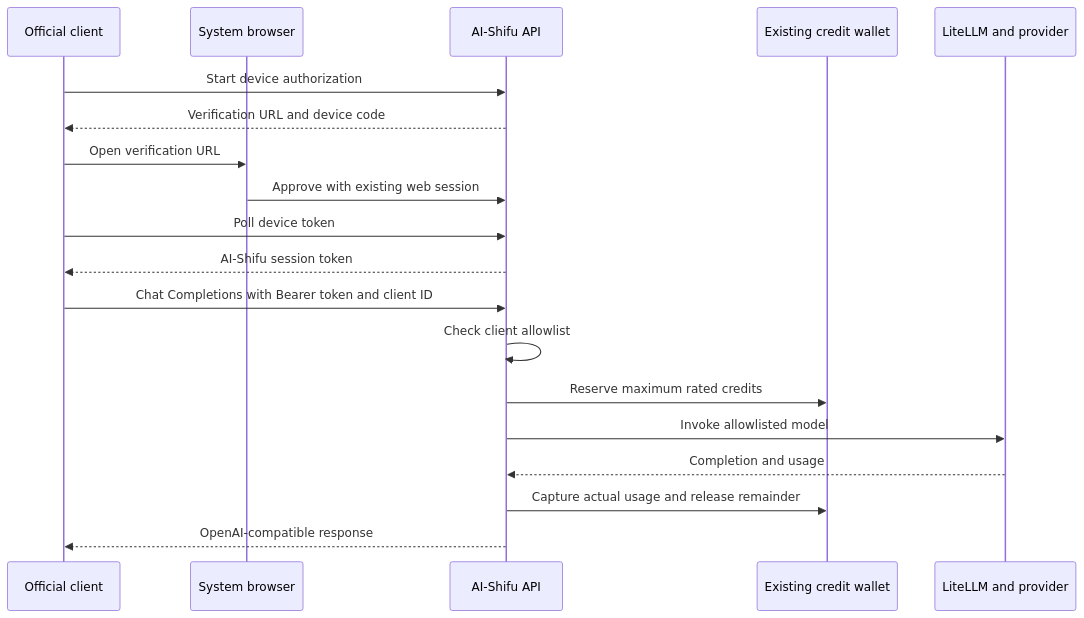
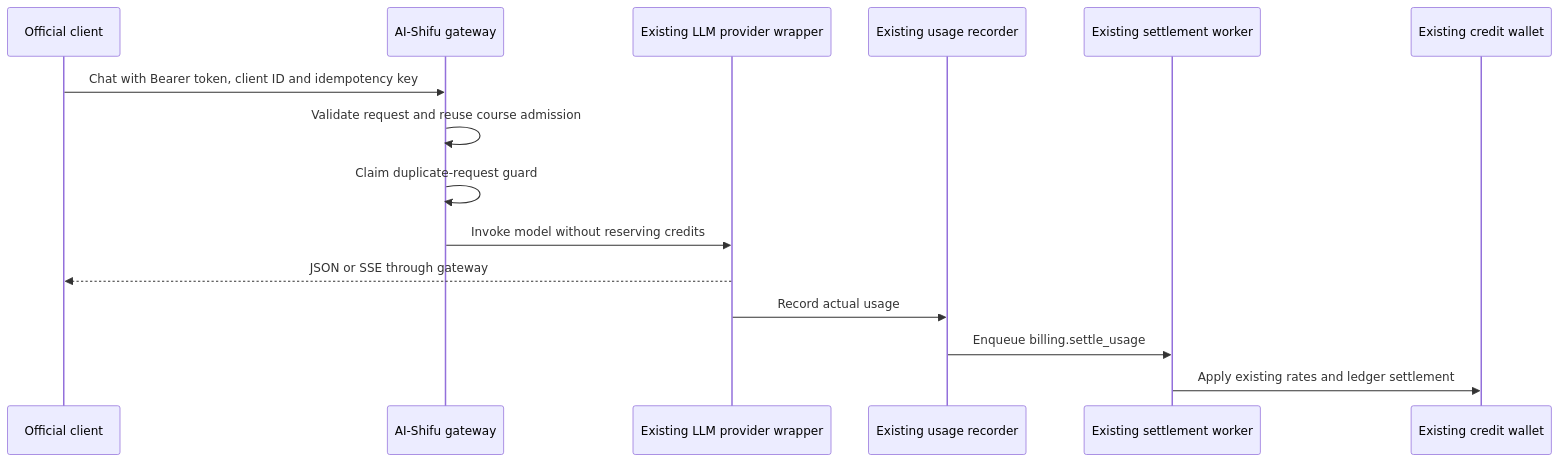
Before and after one commit to ai-shifu/ai-shifu: the diagram in docs/design-docs/official-client-model-gateway.md, drawn with Mermaid. The commit also changed other lines of this file and 22 other files, not shown here.

First line of the commit message:
feat: align model gateway billing with course learning

````diff
--- a/docs/design-docs/official-client-model-gateway.md
+++ b/docs/design-docs/official-client-model-gateway.md
@@ -74,22 +54,18 @@
 ```mermaid
 sequenceDiagram
     participant Client as Official client
-    participant Browser as System browser
-    participant API as AI-Shifu API
+    participant API as AI-Shifu gateway
+    participant LLM as Existing LLM provider wrapper
+    participant Usage as Existing usage recorder
+    participant Worker as Existing settlement worker
     participant Wallet as Existing credit wallet
-    participant LLM as LiteLLM and provider
 
-    Client->>API: Start device authorization
-    API-->>Client: Verification URL and device code
-    Client->>Browser: Open verification URL
-    Browser->>API: Approve with existing web session
-    Client->>API: Poll device token
-    API-->>Client: AI-Shifu session token
-    Client->>API: Chat Completions with Bearer token and client ID
-    API->>API: Check client allowlist
-    API->>Wallet: Reserve maximum rated credits
-    API->>LLM: Invoke allowlisted model
-    LLM-->>API: Completion and usage
-    API->>Wallet: Capture actual usage and release remainder
-    API-->>Client: OpenAI-compatible response
+    Client->>API: Chat with Bearer token, client ID and idempotency key
+    API->>API: Validate request and reuse course admission
+    API->>API: Claim duplicate-request guard
+    API->>LLM: Invoke model without reserving credits
+    LLM-->>Client: JSON or SSE through gateway
+    LLM->>Usage: Record actual usage
+    Usage->>Worker: Enqueue billing.settle_usage
+    Worker->>Wallet: Apply existing rates and ledger settlement
 ```
````
